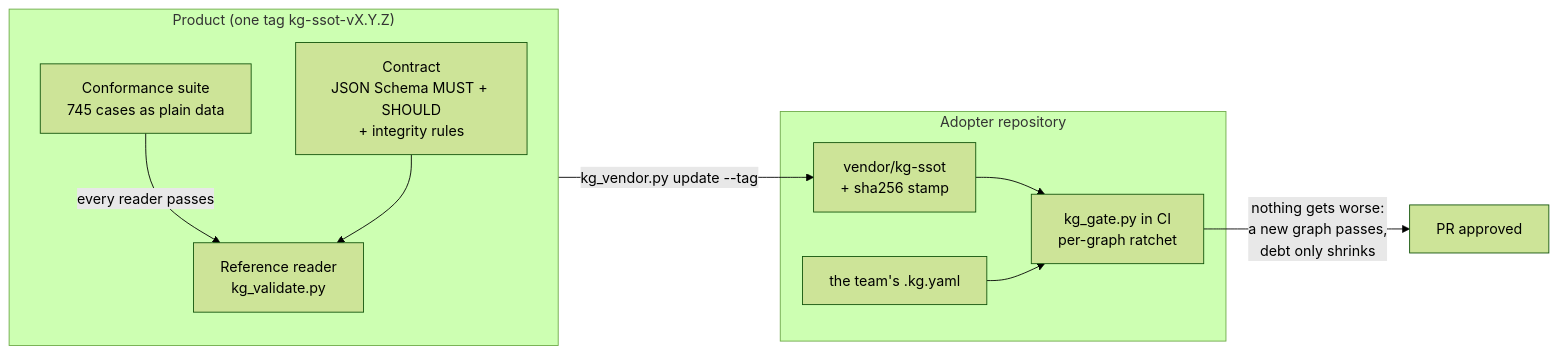
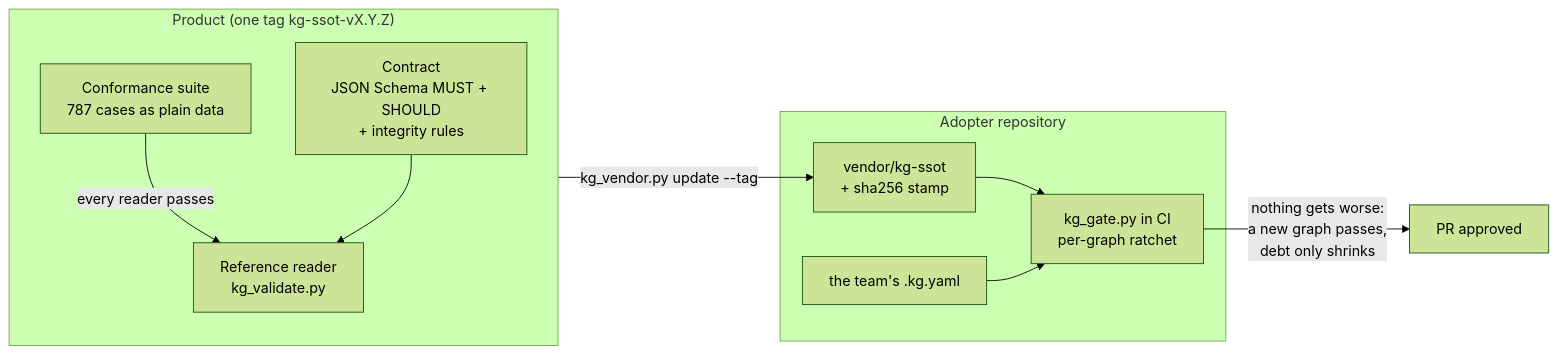
Before and after one commit to marciocar/kg-ssot: the diagram in README.md, drawn with Mermaid (forest theme). The commit also changed other lines of this file and 77 other files, not shown here.

````diff
--- a/README.md
+++ b/README.md
@@ -159,19 +159,19 @@
 ```mermaid
 flowchart LR
   subgraph product["Product (one tag kg-ssot-vX.Y.Z)"]
     C["Contract<br/>JSON Schema MUST + SHOULD<br/>+ integrity rules"]
-    S["Conformance suite<br/>745 cases as plain data"]
+    S["Conformance suite<br/>787 cases as plain data"]
     R["Reference reader<br/>kg_validate.py"]
     S -- "every reader passes" --> R
     C --> R
   end
   subgraph adopter["Adopter repository"]
     V["vendor/kg-ssot<br/>+ sha256 stamp"]
     G["kg_gate.py in CI<br/>per-graph ratchet"]
     K["the team's .kg.yaml"]
     V --> G
     K --> G
   end
   product -- "kg_vendor.py update --tag" --> V
   G -- "nothing gets worse:<br/>a new graph passes,<br/>debt only shrinks" --> PR["PR approved"]
 ```
````
